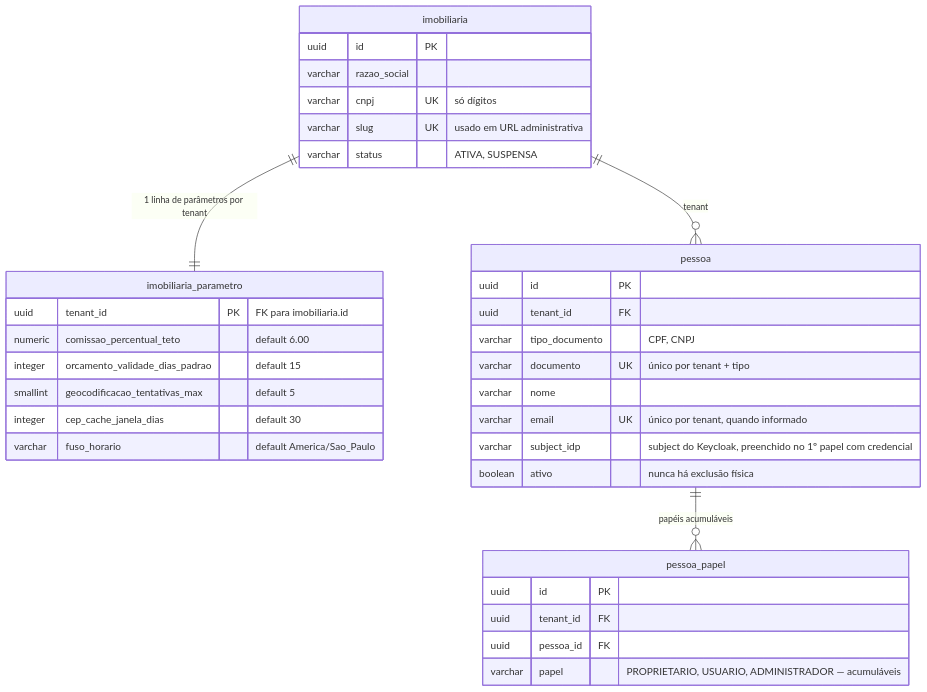
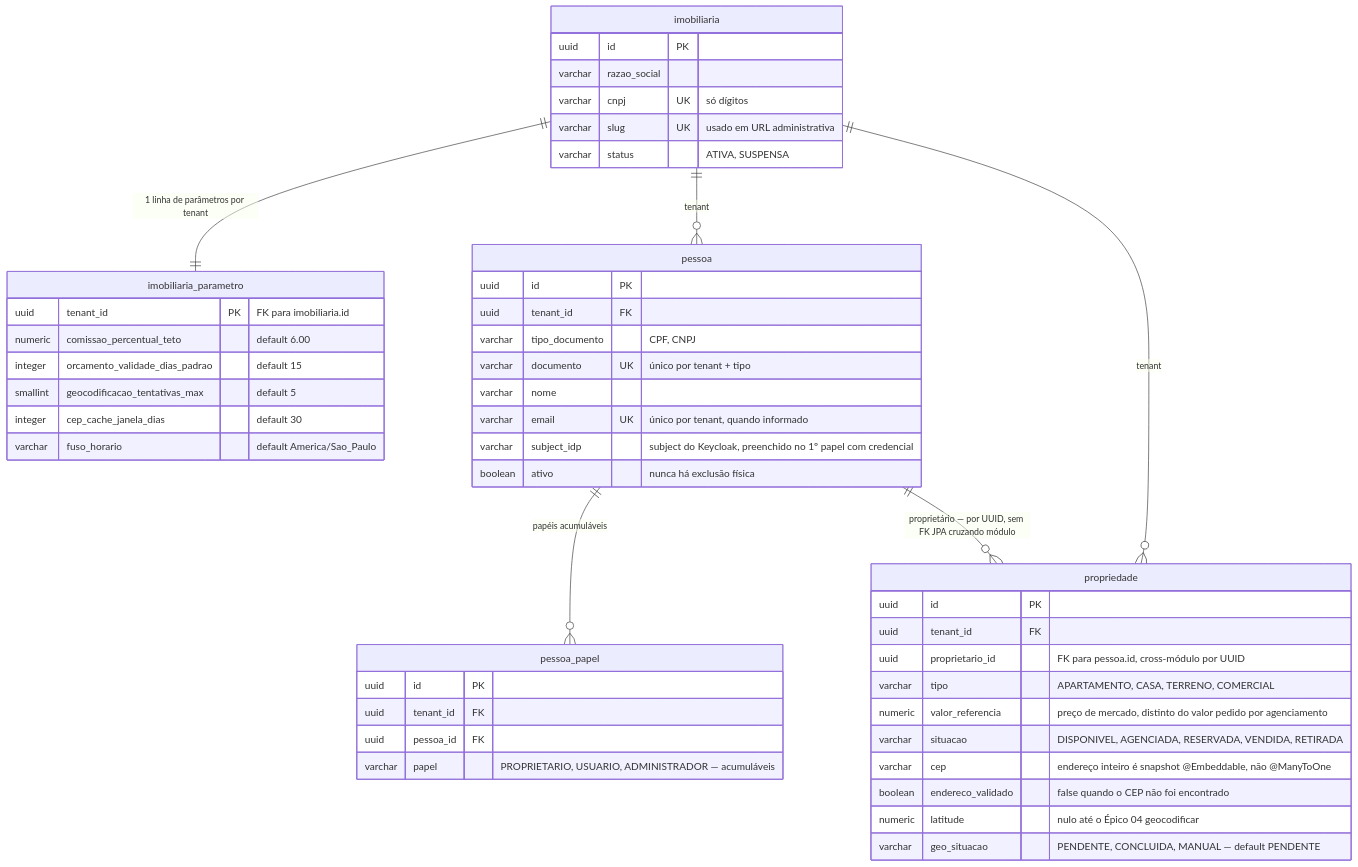
One commit to rockgustavo/imoveisbackSaas changed the diagram in README.md. Above: the diagram before and after it, drawn with Mermaid. The commit also changed other lines of this file and 33 other files, not shown here.

````diff
--- a/README.md
+++ b/README.md
@@ -162,41 +169,56 @@
 ```mermaid
 erDiagram
     imobiliaria {
         uuid id PK
         varchar razao_social
         varchar cnpj UK "só dígitos"
         varchar slug UK "usado em URL administrativa"
         varchar status "ATIVA, SUSPENSA"
     }
 
     imobiliaria_parametro {
         uuid tenant_id PK "FK para imobiliaria.id"
         numeric comissao_percentual_teto "default 6.00"
         integer orcamento_validade_dias_padrao "default 15"
         smallint geocodificacao_tentativas_max "default 5"
         integer cep_cache_janela_dias "default 30"
         varchar fuso_horario "default America/Sao_Paulo"
     }
 
     pessoa {
         uuid id PK
         uuid tenant_id FK
         varchar tipo_documento "CPF, CNPJ"
         varchar documento UK "único por tenant + tipo"
         varchar nome
         varchar email UK "único por tenant, quando informado"
         varchar subject_idp "subject do Keycloak, preenchido no 1º papel com credencial"
         boolean ativo "nunca há exclusão física"
     }
 
     pessoa_papel {
         uuid id PK
         uuid tenant_id FK
         uuid pessoa_id FK
         varchar papel "PROPRIETARIO, USUARIO, ADMINISTRADOR — acumuláveis"
     }
 
+    propriedade {
+        uuid id PK
+        uuid tenant_id FK
+        uuid proprietario_id "FK para pessoa.id, cross-módulo por UUID"
+        varchar tipo "APARTAMENTO, CASA, TERRENO, COMERCIAL"
+        numeric valor_referencia "preço de mercado, distinto do valor pedido por agenciamento"
+        varchar situacao "DISPONIVEL, AGENCIADA, RESERVADA, VENDIDA, RETIRADA"
+        varchar cep "endereço inteiro é snapshot @Embeddable, não @ManyToOne"
+        boolean endereco_validado "false quando o CEP não foi encontrado"
+        numeric latitude "nulo até o Épico 04 geocodificar"
+        varchar geo_situacao "PENDENTE, CONCLUIDA, MANUAL — default PENDENTE"
+    }
+
     imobiliaria ||--|| imobiliaria_parametro : "1 linha de parâmetros por tenant"
     imobiliaria ||--o{ pessoa : "tenant"
+    imobiliaria ||--o{ propriedade : "tenant"
     pessoa ||--o{ pessoa_papel : "papéis acumuláveis"
+    pessoa ||--o{ propriedade : "proprietário — por UUID, sem FK JPA cruzando módulo"
 ```
````
